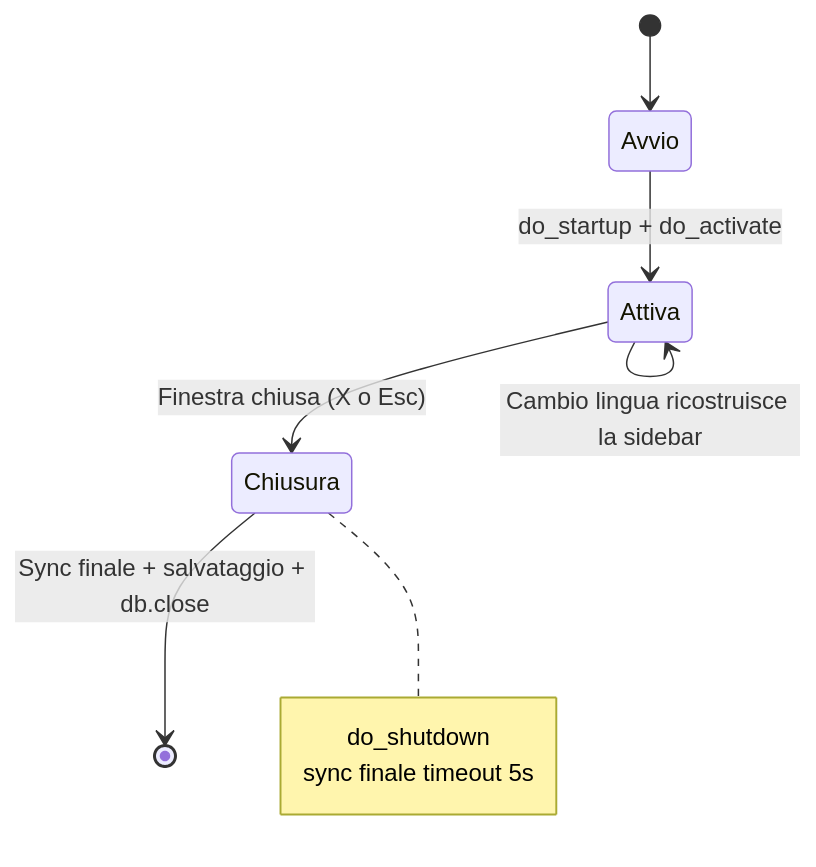
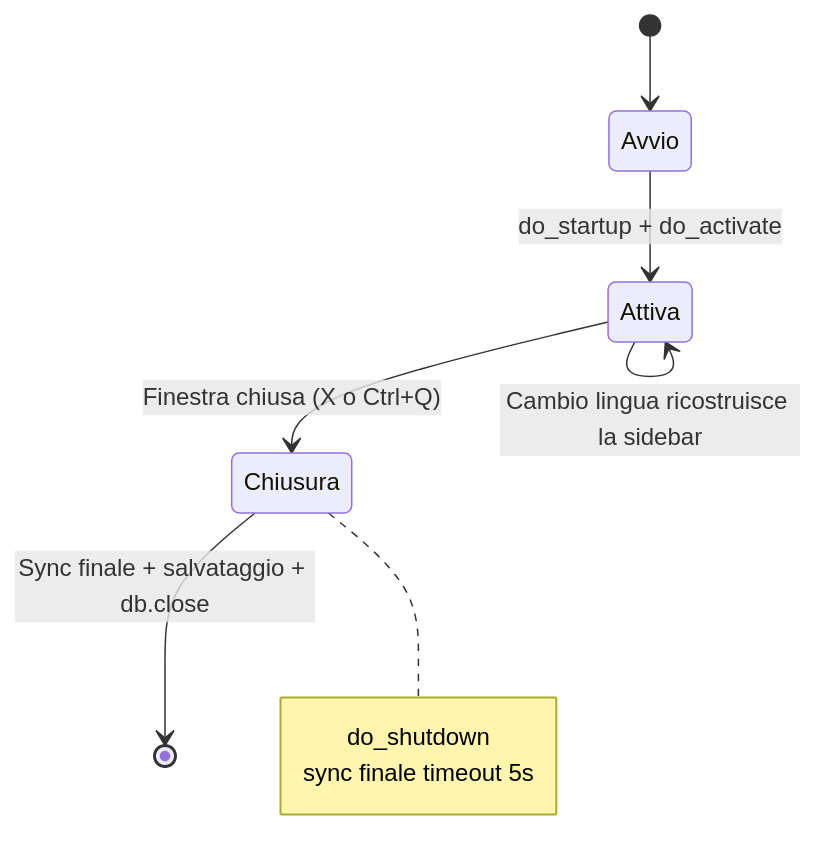
The fifth of 6 diagrams in docs/ARCHITECTURE.it.md (AndreaBonn/command-quiver), drawn with Mermaid before and after one commit. The commit also changed other lines of this file and 16 other files, not shown here.

First line of the commit message:
docs: realign README, architecture and security docs with the reworked UI

````diff
--- a/docs/ARCHITECTURE.it.md
+++ b/docs/ARCHITECTURE.it.md
@@ -160,14 +162,14 @@
 ```mermaid
 stateDiagram-v2
   [*] --> Avvio
 
   Avvio --> Attiva : do_startup + do_activate
   Attiva --> Attiva : Cambio lingua ricostruisce la sidebar
-  Attiva --> Chiusura : Finestra chiusa (X o Esc)
+  Attiva --> Chiusura : Finestra chiusa (X o Ctrl+Q)
   Chiusura --> [*] : Sync finale + salvataggio + db.close
 
   note right of Chiusura
     do_shutdown
     sync finale timeout 5s
   end note
 ```
````
